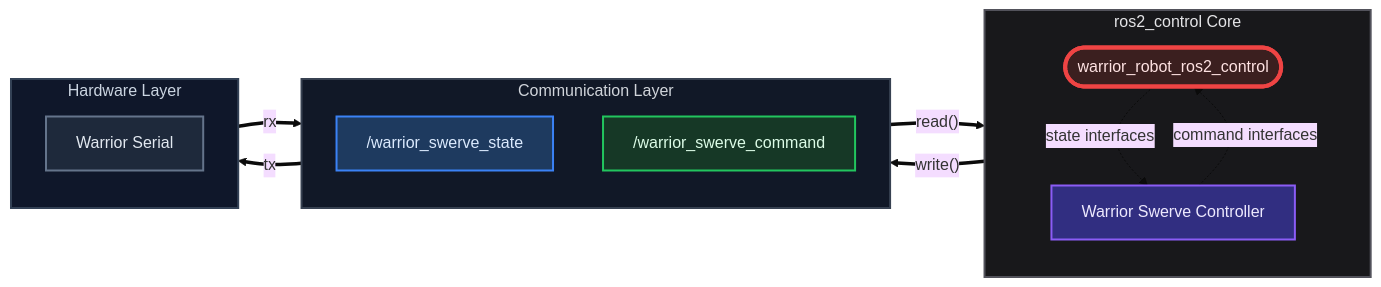
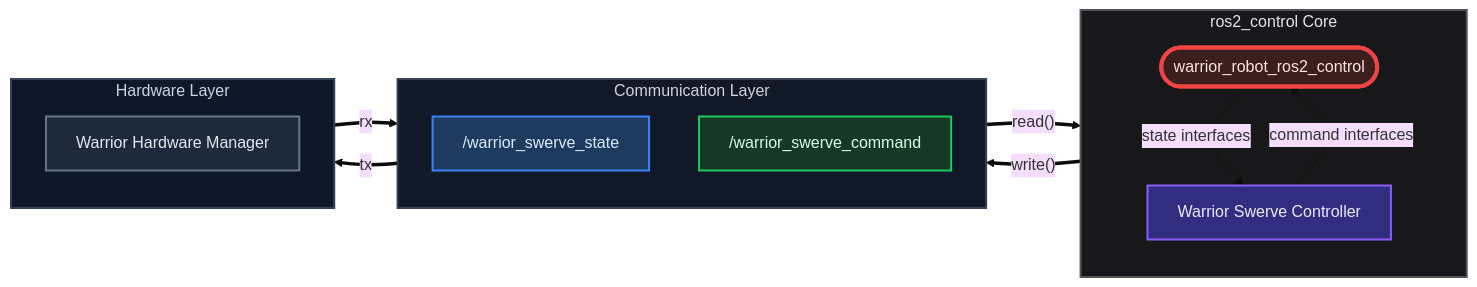
One commit to waynerobotics/Warrior_2026 changed the diagram in warrior_hardware/warrior_system/README.md. Above: the diagram before and after it, drawn with Mermaid (base theme). The commit also changed 13 other files, not shown here.

````diff
--- a/warrior_hardware/warrior_system/README.md
+++ b/warrior_hardware/warrior_system/README.md
@@ -15,77 +15,77 @@
 ```mermaid
 flowchart LR
 
     %% =========================
     %% Communication Layer
     %% =========================
     subgraph COMM["Communication Layer"]
         direction TB
 
         FB["/warrior_swerve_state"]
         CMD["/warrior_swerve_command"]
     end
 
 
     %% =========================
     %% ros2_control Core
     %% =========================
     subgraph CORE["ros2_control Core"]
         direction TB
 
         SYS([warrior_robot_ros2_control])
 
         CTRL["Warrior Swerve Controller"]
     end
 
 
     %% =========================
     %% Hardware Layer
     %% =========================
     subgraph HWLAYER["Hardware Layer"]
         direction TB
 
-        HW["Warrior Serial"]
+        HW["Warrior Hardware Manager"]
     end
 
 
     %% =========================
     %% Data Flow
     %% =========================
     FB ==>|"read()"| SYS
 
     SYS ==>|"write()"| CMD
 
     CTRL -. "command interfaces" .-> SYS
     SYS -. "state interfaces" .-> CTRL
 
     CMD ==>|"tx"| HW
     HW ==>|"rx"| FB
 
 
     %% =========================
     %% Node Styles
     %% =========================
     classDef hardware fill:#1e293b,stroke:#64748b,color:#e2e8f0,stroke-width:2px;
     classDef state fill:#1e3a5f,stroke:#3b82f6,color:#dbeafe,stroke-width:2px;
     classDef command fill:#163826,stroke:#22c55e,color:#dcfce7,stroke-width:2px;
     classDef system fill:#3b1f1f,stroke:#ef4444,color:#fee2e2,stroke-width:4px;
     classDef controller fill:#312e81,stroke:#8b5cf6,color:#ede9fe,stroke-width:2px;
 
 
     %% =========================
     %% Subgraph Styles
     %% =========================
     style COMM fill:#111827,stroke:#374151,stroke-width:2px,color:#d1d5db
     style CORE fill:#18181b,stroke:#52525b,stroke-width:2px,color:#e4e4e7
     style HWLAYER fill:#0f172a,stroke:#334155,stroke-width:2px,color:#cbd5e1
 
 
     %% =========================
     %% Apply Classes
     %% =========================
     class HW hardware;
     class FB state;
     class CMD command;
     class SYS system;
     class CTRL controller;
 ```
````
